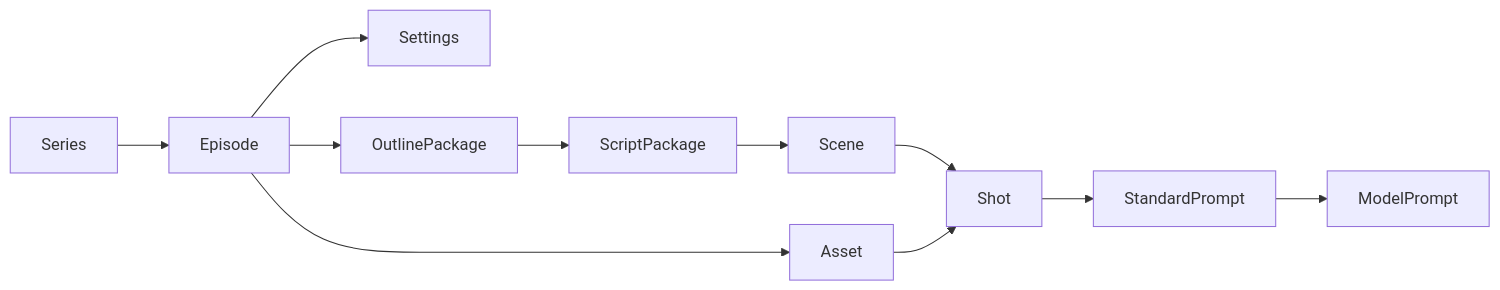
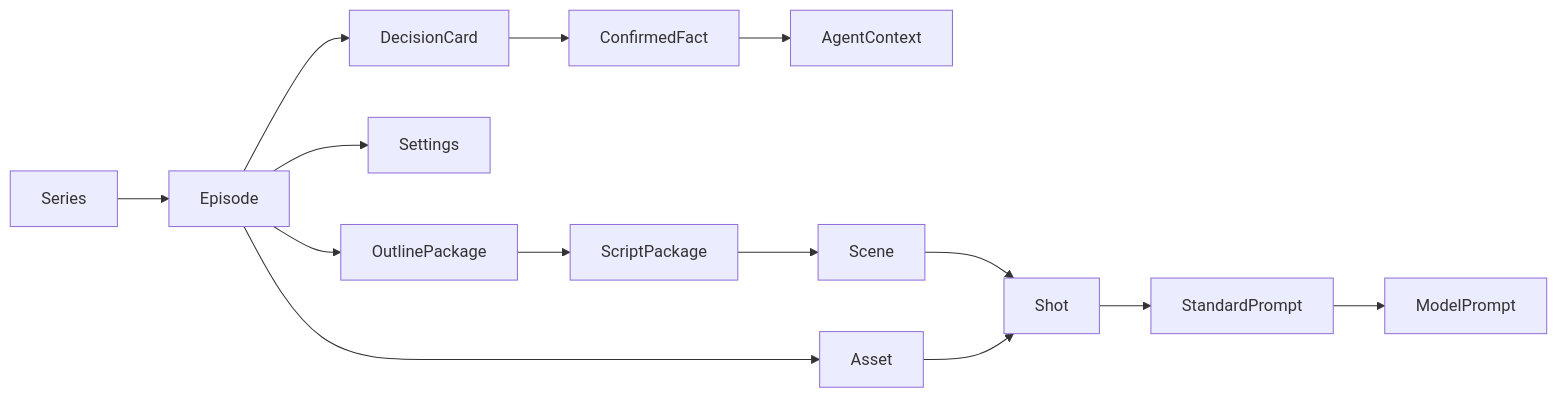
The second of 2 diagrams in docs/architecture.md (132564-n/Director-s-Desk), drawn with Mermaid before and after one commit. The commit also changed other lines of this file and 15 other files, not shown here.

Commit message:
Add user-confirmed decision cards and project memory

````diff
--- a/docs/architecture.md
+++ b/docs/architecture.md
@@ -45,13 +45,16 @@
 ```mermaid
 flowchart LR
     Series --> Episode
+    Episode --> DecisionCard
+    DecisionCard --> ConfirmedFact
+    ConfirmedFact --> AgentContext
     Episode --> Settings
     Episode --> Asset
     Episode --> OutlinePackage
     OutlinePackage --> ScriptPackage
     ScriptPackage --> Scene
     Scene --> Shot
     Asset --> Shot
     Shot --> StandardPrompt
     StandardPrompt --> ModelPrompt
 ```
````
